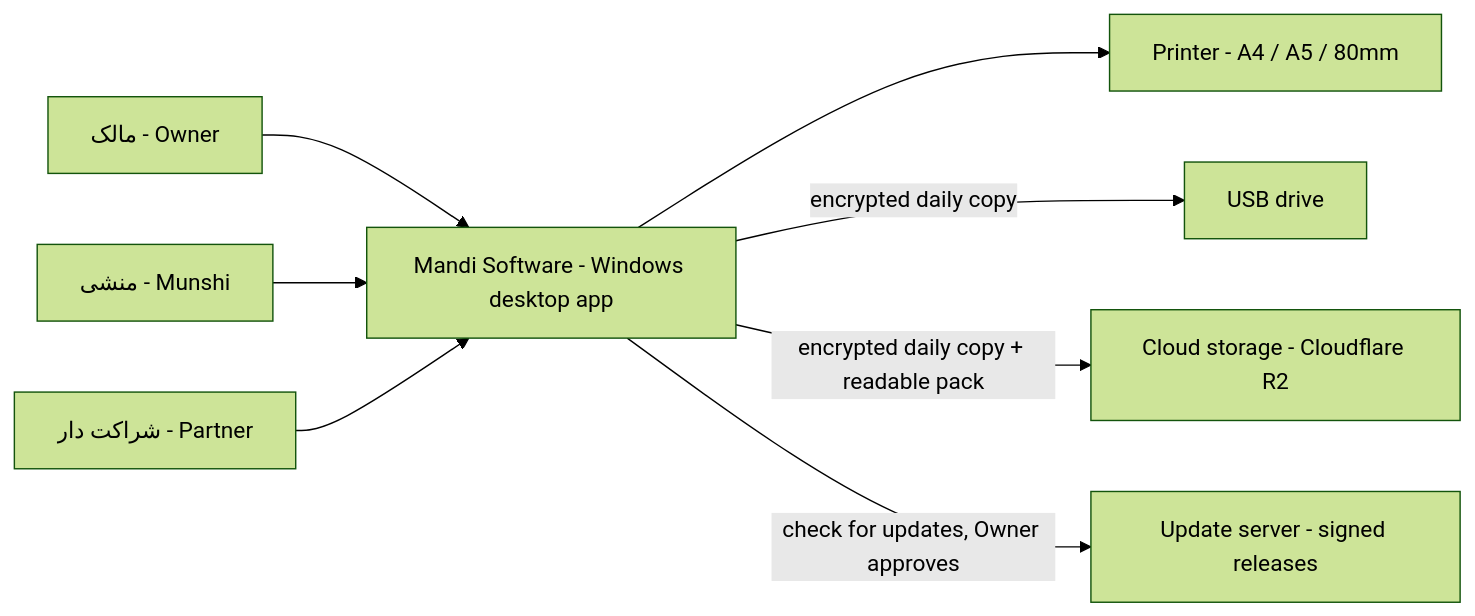
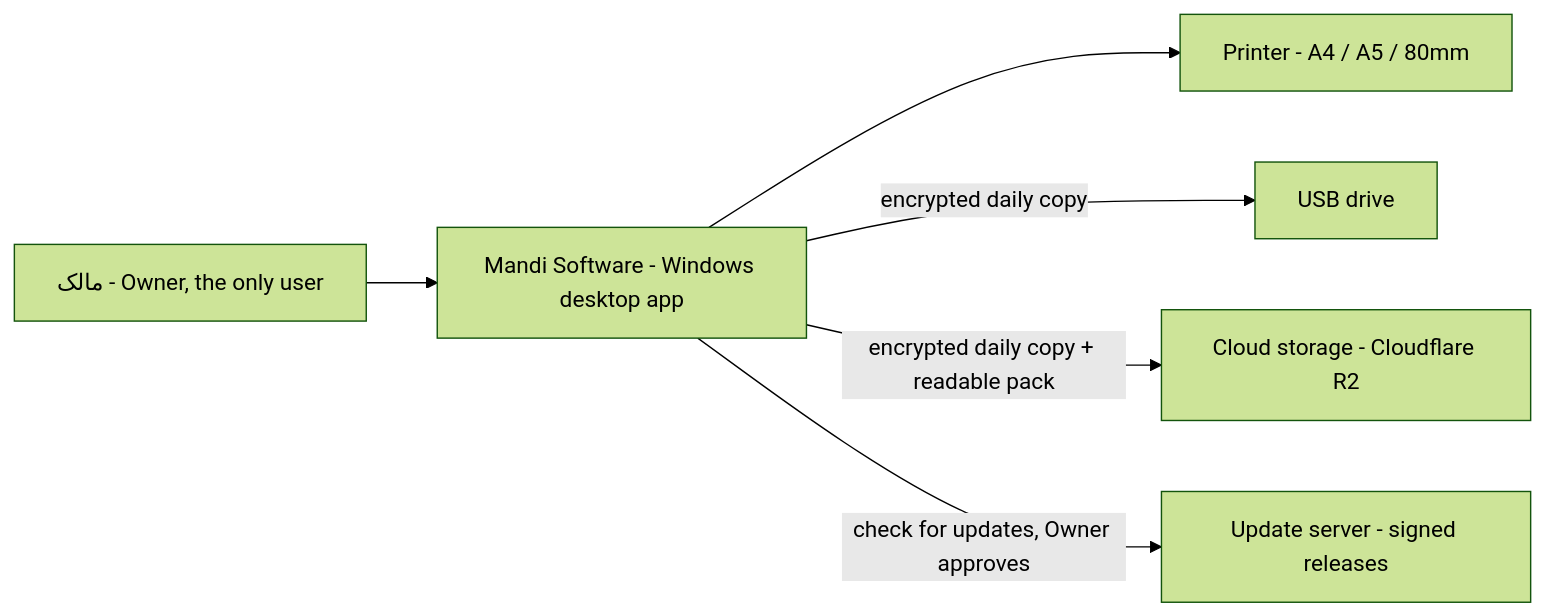
One commit to FaisalHanif12/Fruits-Mandi-Software changed the first of 26 diagrams in .claude/rules/Architecture_v1.md. Above: the diagram before and after it, drawn with Mermaid (forest theme). The commit also changed other lines of this file and 1119 other files, not shown here.

````diff
--- a/.claude/rules/Architecture_v1.md
+++ b/.claude/rules/Architecture_v1.md
@@ -45,19 +45,15 @@
 ```mermaid
 flowchart LR
-    owner["مالک - Owner"]
-    munshi["منشی - Munshi"]
-    partner["شراکت دار - Partner"]
+    owner["مالک - Owner, the only user"]
     app["Mandi Software - Windows desktop app"]
     printer["Printer - A4 / A5 / 80mm"]
     usb["USB drive"]
     cloud["Cloud storage - Cloudflare R2"]
     update["Update server - signed releases"]
 
     owner --> app
-    munshi --> app
-    partner --> app
     app --> printer
     app -- "encrypted daily copy" --> usb
     app -- "encrypted daily copy + readable pack" --> cloud
     app -- "check for updates, Owner approves" --> update
 ```
````
